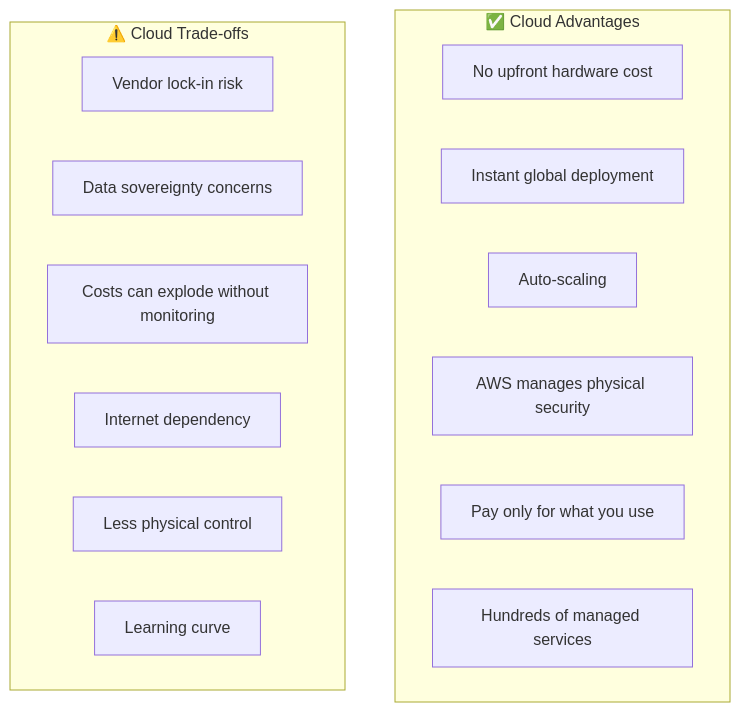
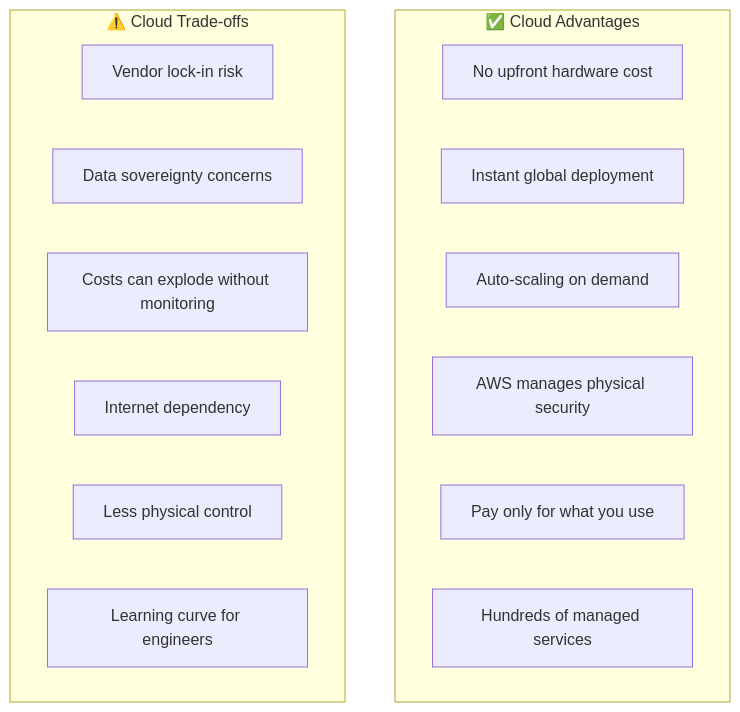
Before and after one commit to ReddyBytes/AWS-Complete-Mastery: the fifth of 5 diagrams in stage-01_cloud_foundations/theory.md, drawn with Mermaid. The commit also changed other lines of this file and 45 other files, not shown here.

````diff
--- a/stage-01_cloud_foundations/theory.md
+++ b/stage-01_cloud_foundations/theory.md
@@ -292,20 +541,20 @@
 ```mermaid
 graph TD
     subgraph Pro["✅ Cloud Advantages"]
         P1[No upfront hardware cost]
         P2[Instant global deployment]
-        P3[Auto-scaling]
+        P3[Auto-scaling on demand]
         P4[AWS manages physical security]
         P5[Pay only for what you use]
         P6[Hundreds of managed services]
     end
 
     subgraph Con["⚠️ Cloud Trade-offs"]
         C1[Vendor lock-in risk]
         C2[Data sovereignty concerns]
         C3[Costs can explode without monitoring]
         C4[Internet dependency]
         C5[Less physical control]
-        C6[Learning curve]
+        C6[Learning curve for engineers]
     end
 ```
````
